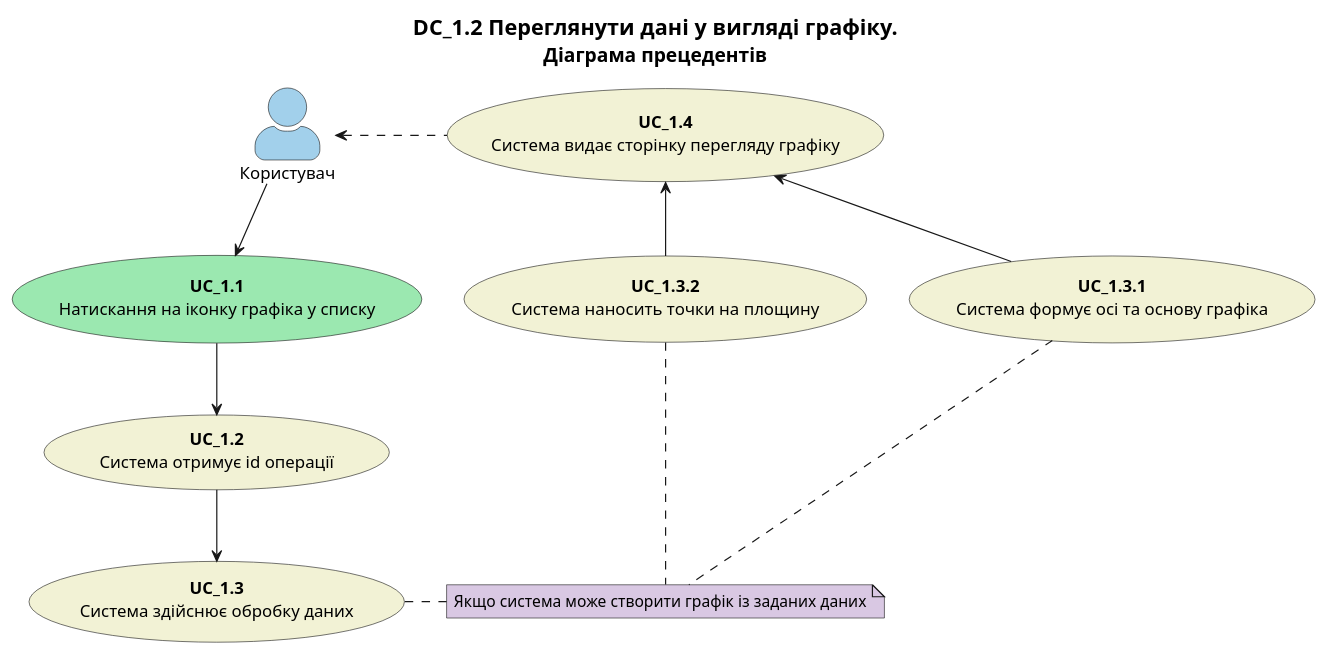
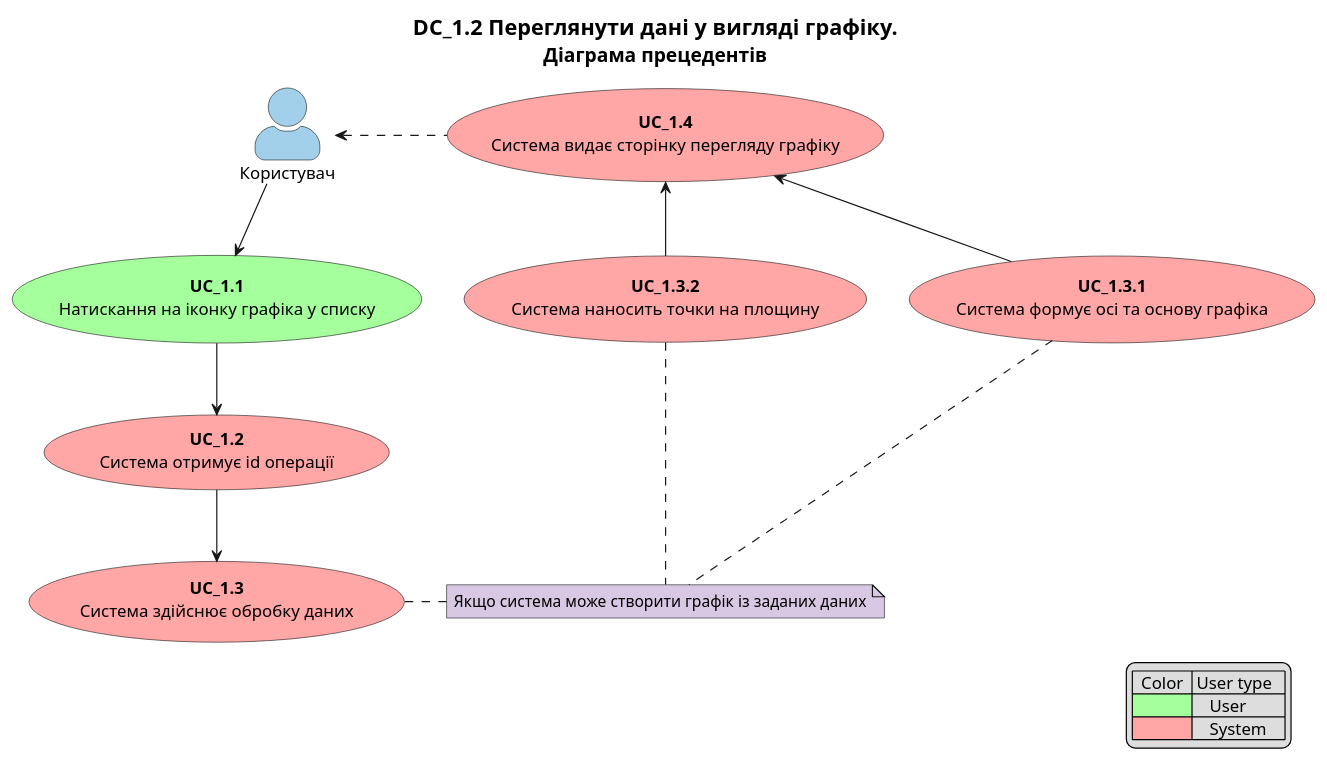
One commit to YanPetrov7/DB_REST_API changed the seventh of 16 diagrams in docs/use cases/README.md. Above: the diagram before and after it, drawn with PlantUML. The commit also changed other lines of this file, not shown here.

Commit message:
docs: use cases colors & legend

```diff
--- a/docs/use cases/README.md
+++ b/docs/use cases/README.md
@@ -275,31 +281,37 @@
 @startuml
 
     title
         <font size=18 color=black>DC_1.2 Переглянути дані у вигляді графіку.
         <font size=16 color=black>Діаграма прецедентів
     end title
 
+    legend right
+    |  Color  | User type   |
+    |<#a4ff9c>|    User     |
+    |<#ffa6a6>|    System   |
+    endlegend
+
     skinparam actorStyle awesome
 
     actor "Користувач" as User #a2d0eb
 
-    usecase "<b>UC_1.1</b>\nНатискання на іконку графіка у списку" as S1 #9be8b0
-    usecase "<b>UC_1.2</b>\nСистема отримує id операції" as S2 #f2f2d5
-    usecase "<b>UC_1.3</b>\nСистема здійснює обробку даних" as S3 #f2f2d5
-    usecase "<b>UC_1.3.1</b>\nСистема формує осі та основу графіка" as S4 #f2f2d5
-    usecase "<b>UC_1.3.2</b>\nСистема наносить точки на площину" as S5 #f2f2d5
-    usecase "<b>UC_1.4</b>\nСистема видає сторінку перегляду графіку" as S6 #f2f2d5
+    usecase "<b>UC_1.1</b>\nНатискання на іконку графіка у списку" as S1 #a4ff9c
+    usecase "<b>UC_1.2</b>\nСистема отримує id операції" as S2 #ffa6a6
+    usecase "<b>UC_1.3</b>\nСистема здійснює обробку даних" as S3 #ffa6a6
+    usecase "<b>UC_1.3.1</b>\nСистема формує осі та основу графіка" as S4 #ffa6a6
+    usecase "<b>UC_1.3.2</b>\nСистема наносить точки на площину" as S5 #ffa6a6
+    usecase "<b>UC_1.4</b>\nСистема видає сторінку перегляду графіку" as S6 #ffa6a6
 
     note "Якщо система може створити графік із заданих даних" as EX1 #d9c8e3
 
     User -down-> S1
     S1 -down-> S2
     S2 -right-> S3
     S3 .right.. EX1
     EX1 .up.. S4
     EX1 .up.. S5
     S4 -up-> S6
     S5 -up-> S6
     S6 -left.> User
 
 @enduml
```
